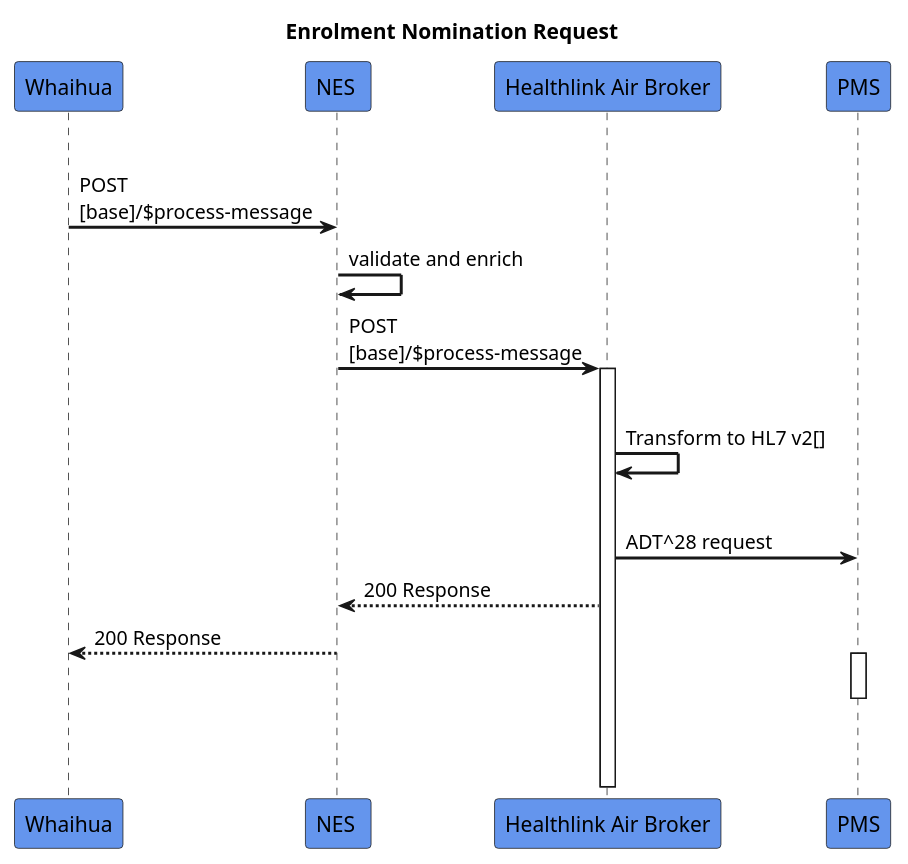
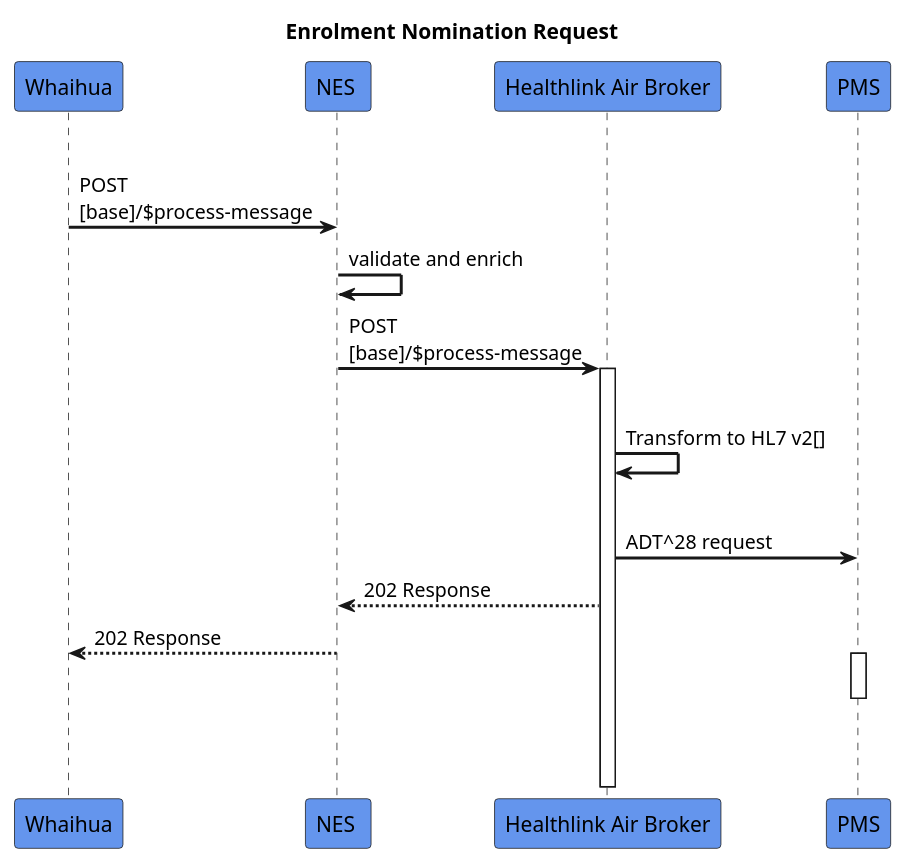
One commit to HL7NZ/nes-ig changed the diagram in input/images-source/enrolment-nomination-request.plantuml. Above: the diagram before and after it, drawn with PlantUML. The commit also changed 7 other files, not shown here.

```diff
--- a/input/images-source/enrolment-nomination-request.plantuml
+++ b/input/images-source/enrolment-nomination-request.plantuml
@@ -1,28 +1,28 @@
 @startuml
 skinparam sequenceArrowThickness 2
 skinparam roundcorner 5
 skinparam maxmessagesize 180
 skinparam sequenceParticipant bold
 title  Enrolment Nomination Request
 participant "Whaihua" as AA #CornflowerBlue
 participant "NES " as A #CornflowerBlue
 participant "Healthlink Air Broker" as B #CornflowerBlue
 participant "PMS" as C #CornflowerBlue
 |||
 
 AA -> A: POST [base]/$process-message
 A -> A:  validate and enrich
 
 A -> B: POST [base]/$process-message
 activate B
 |||
 B -> B: Transform to HL7 v2[]
 |||
 B -> C: ADT^28 request
-B -[dashed]-> A: 200 Response 
-A -[dashed]-> AA: 200 Response 
+B -[dashed]-> A: 202 Response 
+A -[dashed]-> AA: 202 Response 
 activate C
 |||
 deactivate C
 |||
 @enduml
```
